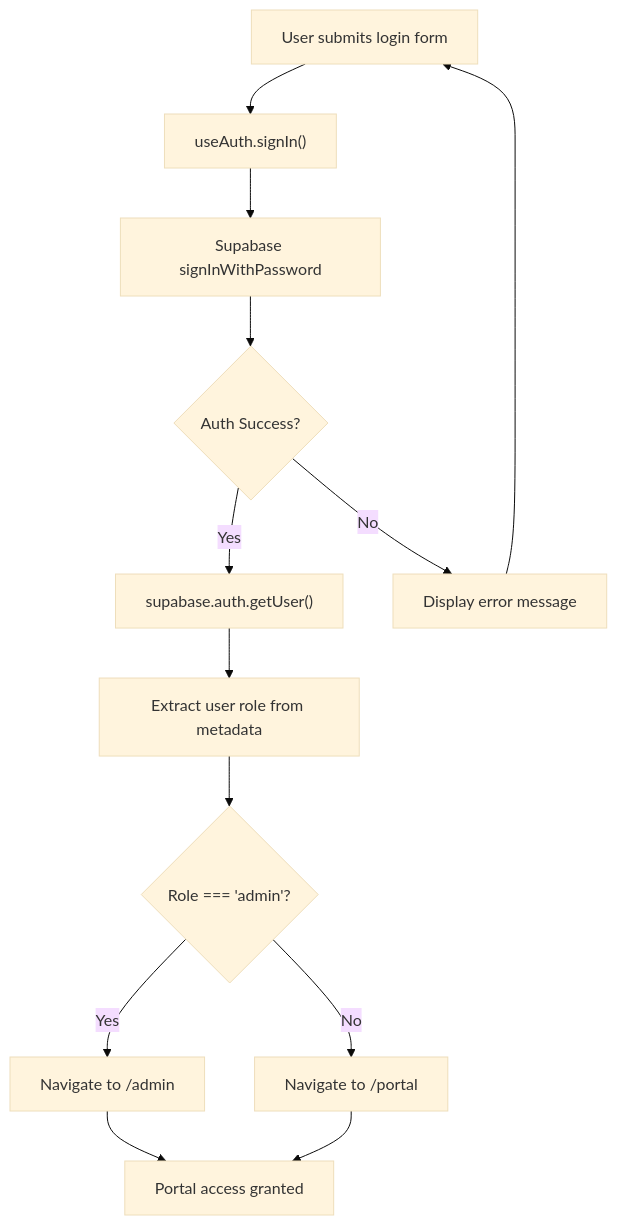
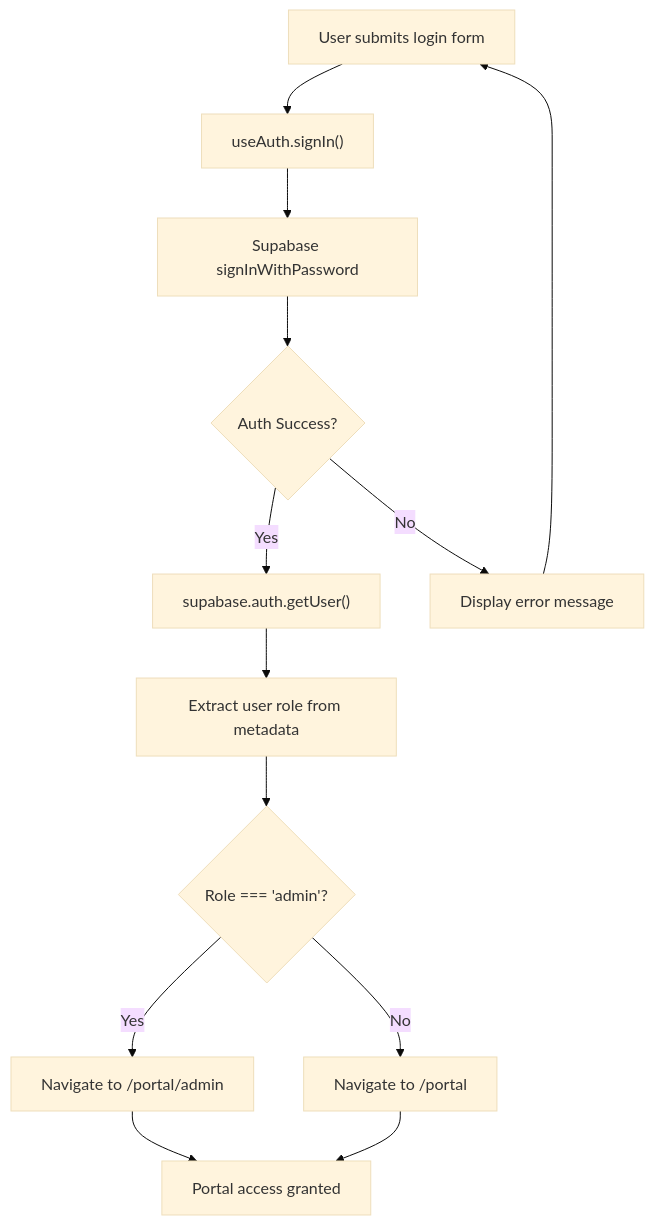
One commit to Hawky1/ryland changed the eighth of 10 diagrams in .qoder/repowiki/en/content/Application Architecture/Admin Portal System.md. Above: the diagram before and after it, drawn with Mermaid (base theme). The commit also changed other lines of this file and 26 other files, not shown here.

````diff
--- a/.qoder/repowiki/en/content/Application Architecture/Admin Portal System.md
+++ b/.qoder/repowiki/en/content/Application Architecture/Admin Portal System.md
@@ -398,15 +487,15 @@
 ```mermaid
 flowchart TD
 LoginForm["User submits login form"] --> AuthSignIn["useAuth.signIn()"]
 AuthSignIn --> SupabaseAuth["Supabase signInWithPassword"]
 SupabaseAuth --> AuthSuccess{"Auth Success?"}
 AuthSuccess --> |Yes| GetUser["supabase.auth.getUser()"]
 AuthSuccess --> |No| ShowError["Display error message"]
 ShowError --> LoginForm
 GetUser --> CheckRole["Extract user role from metadata"]
 CheckRole --> IsAdmin{"Role === 'admin'?"}
-IsAdmin --> |Yes| RedirectAdmin["Navigate to /admin"]
+IsAdmin --> |Yes| RedirectAdmin["Navigate to /portal/admin"]
 IsAdmin --> |No| RedirectPortal["Navigate to /portal"]
 RedirectAdmin --> Success["Admin access granted"]
 RedirectPortal --> Success["Portal access granted"]
 ```
````
